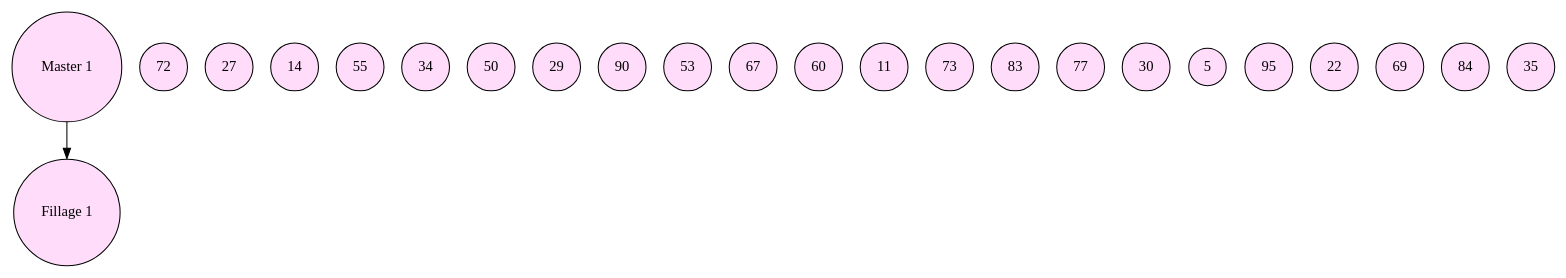
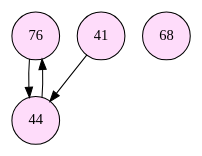
One commit to Saperlu/Graphvizeract changed the diagram in api/ressources/graphs/graph.gv. Above: the diagram before and after it, drawn with Graphviz. The commit also changed 10 other files, not shown here.

```diff
--- a/api/ressources/graphs/graph.gv
+++ b/api/ressources/graphs/graph.gv
@@ -1,41 +1,22 @@
 /* x.gv */
 digraph mainmap {
 	node [
 		shape = circle
 		style = filled
 		fillcolor = "#FEDCFA"
 	]
 //START nodes
-	"Master 1"
-	"Fillage 1"
-	"72"
-	"27"
-	"14"
-	"55"
-	"34"
-	"50"
-	"29"
-	"90"
-	"53"
-	"67"
-	"60"
-	"11"
-	"73"
-	"83"
-	"77"
-	"30"
-	"34"
-	"5"
-	"95"
-	"22"
-	"69"
-	"84"
-	"35"
+	1 [label="76",];//node
+	2 [label="44",];//node
+	3 [label="41",];//node
+	4 [label="68",]//node
 //END nodes
 
-//edges
+//START edges
+	1->2;//edge
+	2->1;//edge
+	3->2;//edge
+//END edges
 
-	"Master 1" -> "Fillage 1"
-	
 
 }
```
